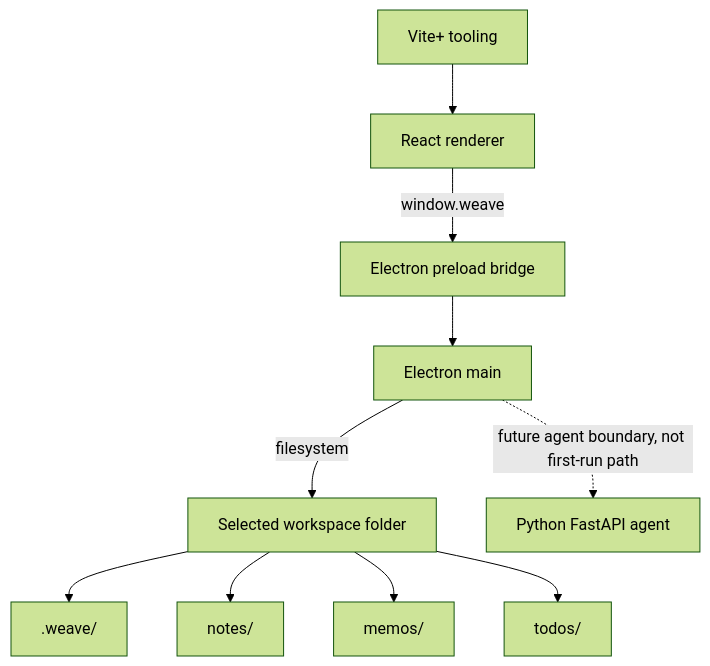
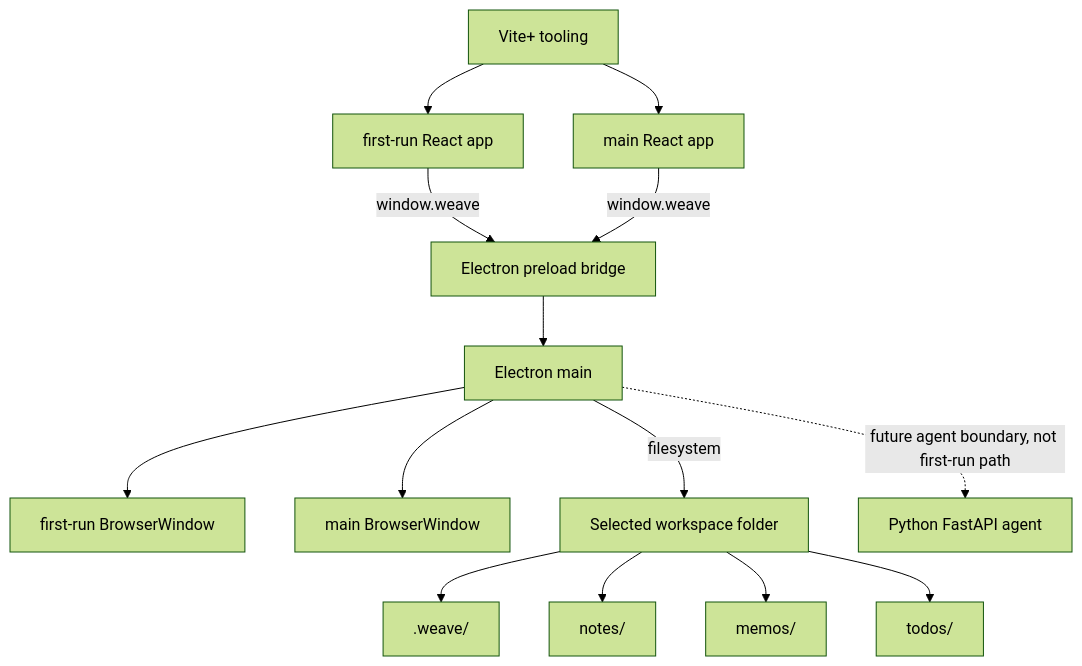
One commit to deweyou/weave changed the first of 2 diagrams in docs/architecture.md. Above: the diagram before and after it, drawn with Mermaid (forest theme). The commit also changed other lines of this file and 37 other files, not shown here.

Commit message:
feat: add first-run onboarding shell

````diff
--- a/docs/architecture.md
+++ b/docs/architecture.md
@@ -3,12 +3,16 @@
 ```mermaid
 flowchart TD
-    VP["Vite+ tooling"] --> UI["React renderer"]
-    UI -->|window.weave| Preload["Electron preload bridge"]
+    VP["Vite+ tooling"] --> FirstRun["first-run React app"]
+    VP --> MainUI["main React app"]
+    FirstRun -->|window.weave| Preload["Electron preload bridge"]
+    MainUI -->|window.weave| Preload
     Preload --> Main["Electron main"]
+    Main --> FirstRunWindow["first-run BrowserWindow"]
+    Main --> MainWindow["main BrowserWindow"]
     Main -->|filesystem| Workspace["Selected workspace folder"]
     Workspace --> DotWeave[".weave/"]
     Workspace --> Notes["notes/"]
     Workspace --> Memos["memos/"]
     Workspace --> Todos["todos/"]
     Main -. future agent boundary, not first-run path .-> Agent["Python FastAPI agent"]
 ```
````
